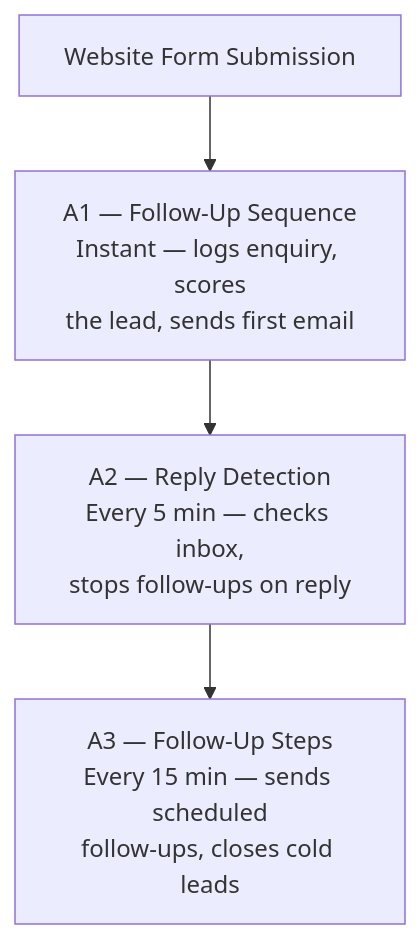
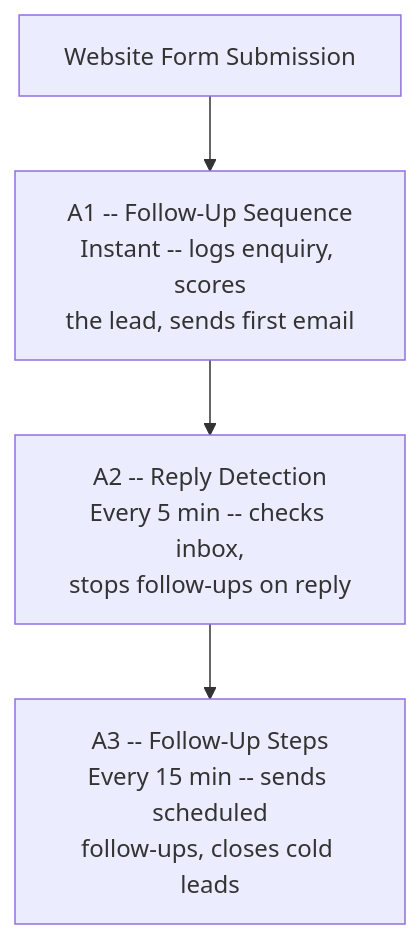
The diagram in workspace/clients/meji-media/docs/client/meji-media-complete-guide.md (011matthias/agentic-ops1.01), drawn with Mermaid before and after one commit. The commit also changed other lines of this file and 7 other files, not shown here.

````diff
--- a/workspace/clients/meji-media/docs/client/meji-media-complete-guide.md
+++ b/workspace/clients/meji-media/docs/client/meji-media-complete-guide.md
@@ -50,9 +29,9 @@
 ```mermaid
 flowchart TD
     FORM["Website Form Submission"]
-    A1["A1 — Follow-Up Sequence\nInstant — logs enquiry, scores\nthe lead, sends first email"]
-    A2["A2 — Reply Detection\nEvery 5 min — checks inbox,\nstops follow-ups on reply"]
-    A3["A3 — Follow-Up Steps\nEvery 15 min — sends scheduled\nfollow-ups, closes cold leads"]
+    A1["A1 -- Follow-Up Sequence\nInstant -- logs enquiry, scores\nthe lead, sends first email"]
+    A2["A2 -- Reply Detection\nEvery 5 min -- checks inbox,\nstops follow-ups on reply"]
+    A3["A3 -- Follow-Up Steps\nEvery 15 min -- sends scheduled\nfollow-ups, closes cold leads"]
 
     FORM --> A1 --> A2 --> A3
 ```
````
